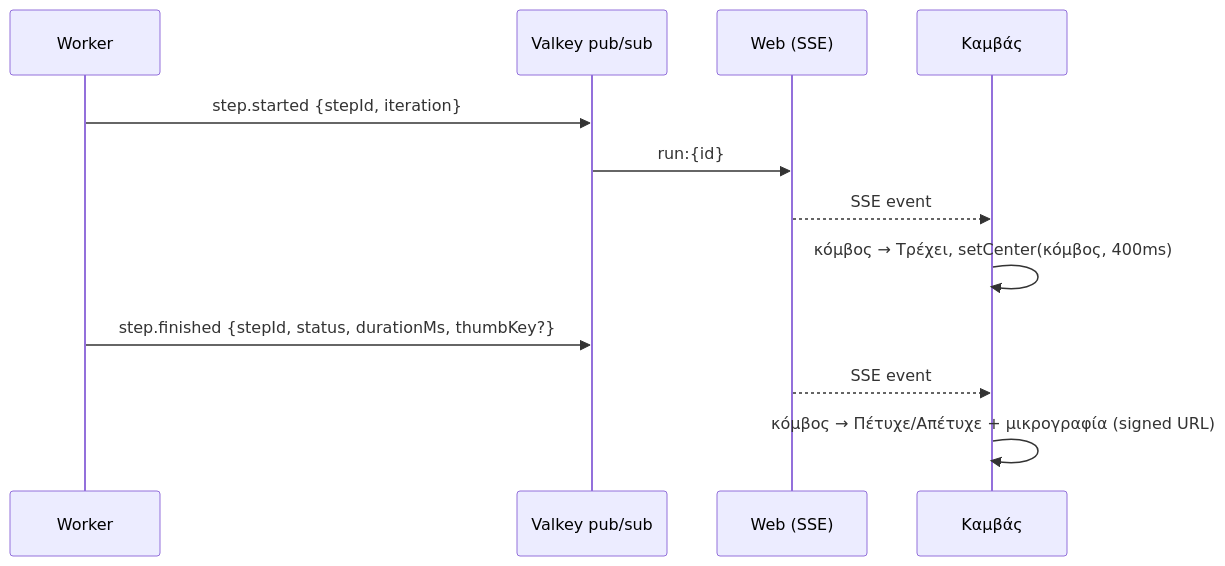
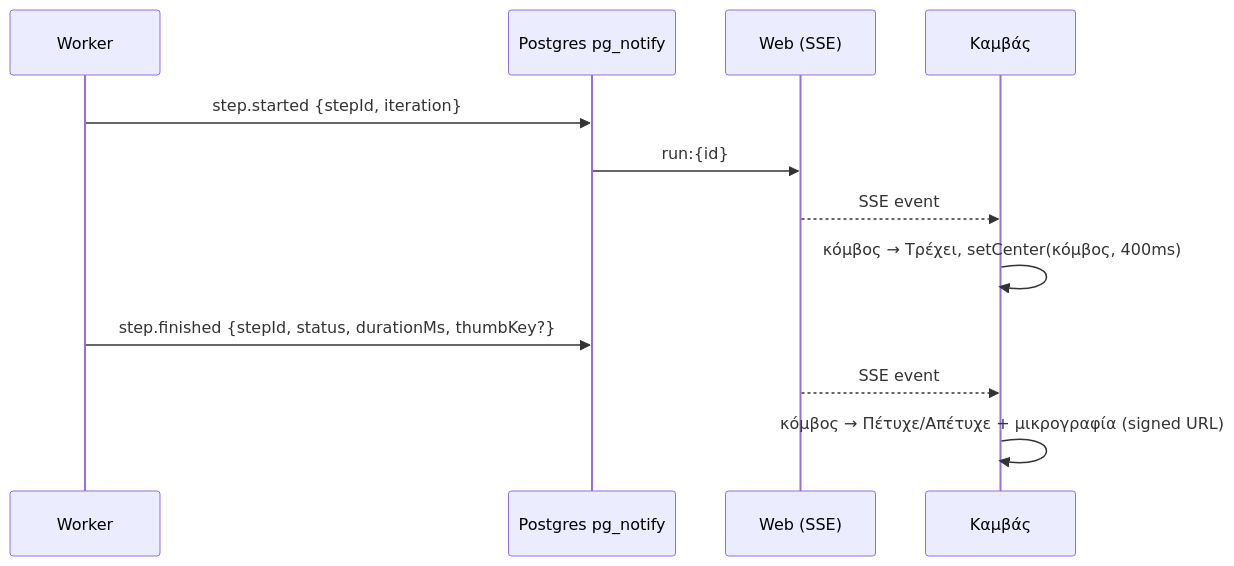
Before and after one commit to cloudzeus/DG-Complete: the second of 2 diagrams in docs/19-visual-workflow-canvas.md, drawn with Mermaid. The commit also changed 25 other files, not shown here.

First line of the commit message:
docs: ADR-022 — no Redis/Valkey; queues with pg-boss, coordination in Postgres

````diff
--- a/docs/19-visual-workflow-canvas.md
+++ b/docs/19-visual-workflow-canvas.md
@@ -72,14 +72,14 @@
 ```mermaid
 sequenceDiagram
   participant WK as Worker
-  participant VK as Valkey pub/sub
+  participant VK as Postgres pg_notify
   participant WEB as Web (SSE)
   participant UI as Καμβάς
   WK->>VK: step.started {stepId, iteration}
   VK->>WEB: run:{id}
   WEB-->>UI: SSE event
   UI->>UI: κόμβος → Τρέχει, setCenter(κόμβος, 400ms)
   WK->>VK: step.finished {stepId, status, durationMs, thumbKey?}
   WEB-->>UI: SSE event
   UI->>UI: κόμβος → Πέτυχε/Απέτυχε + μικρογραφία (signed URL)
 ```
````
